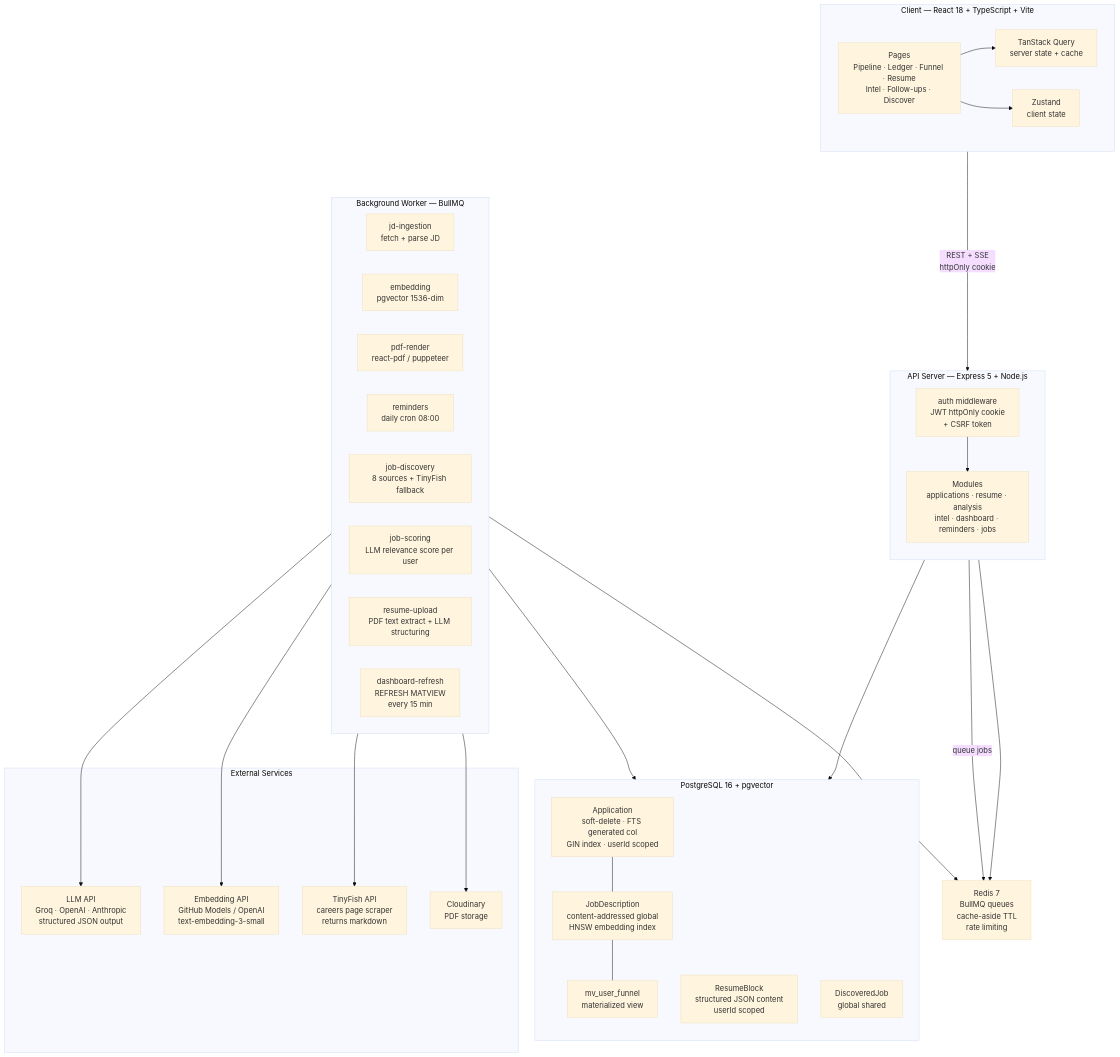
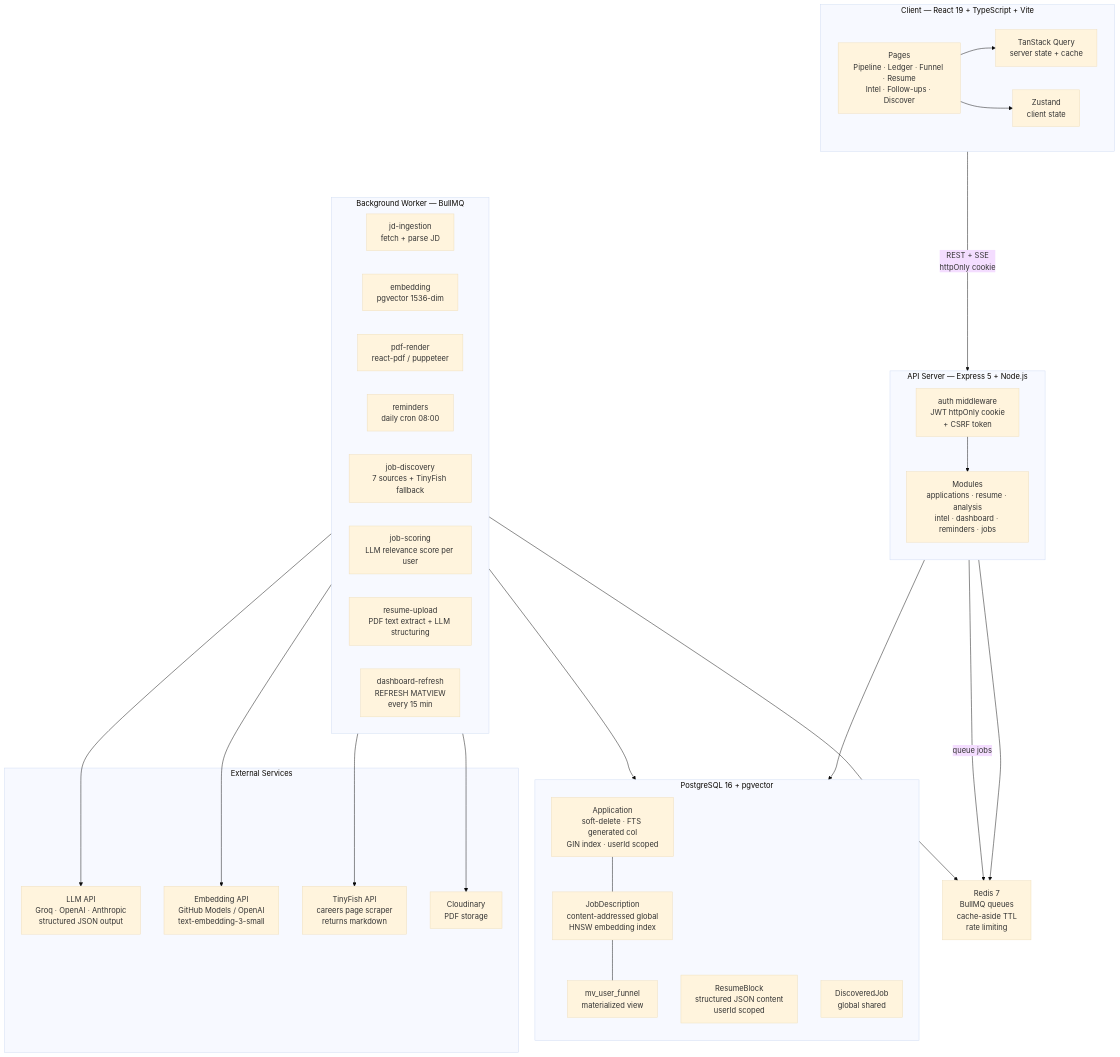
The diagram in README.md (AdityaKrSingh26/Pursuit), drawn with Mermaid (base theme) before and after one commit. The commit also changed other lines of this file and 69 other files, not shown here.

Commit message:
fix auth cookies, llm plumbing, and job discovery so they match how the app actually works

````diff
--- a/README.md
+++ b/README.md
@@ -9,59 +9,59 @@
 ```mermaid
 graph TB
-    subgraph Client["Client — React 18 + TypeScript + Vite"]
+    subgraph Client["Client — React 19 + TypeScript + Vite"]
         UI["Pages\nPipeline · Ledger · Funnel · Resume\nIntel · Follow-ups · Discover"]
         TQ["TanStack Query\nserver state + cache"]
         ZS["Zustand\nclient state"]
         UI --> TQ
         UI --> ZS
     end
 
     subgraph API["API Server — Express 5 + Node.js"]
         direction TB
         AUTH["auth middleware\nJWT httpOnly cookie\n+ CSRF token"]
         MODS["Modules\napplications · resume · analysis\nintel · dashboard · reminders · jobs"]
         AUTH --> MODS
     end
 
     subgraph Worker["Background Worker — BullMQ"]
         WI["jd-ingestion\nfetch + parse JD"]
         WE["embedding\npgvector 1536-dim"]
         WP["pdf-render\nreact-pdf / puppeteer"]
         WR["reminders\ndaily cron 08:00"]
-        WD["job-discovery\n8 sources + TinyFish fallback"]
+        WD["job-discovery\n7 sources + TinyFish fallback"]
         WS["job-scoring\nLLM relevance score per user"]
         WRU["resume-upload\nPDF text extract + LLM structuring"]
         WMV["dashboard-refresh\nREFRESH MATVIEW\nevery 15 min"]
     end
 
     subgraph DB["PostgreSQL 16 + pgvector"]
         direction TB
         PG_APP["Application\nsoft-delete · FTS generated col\nGIN index · userId scoped"]
         PG_JD["JobDescription\ncontent-addressed global\nHNSW embedding index"]
         PG_RB["ResumeBlock\nstructured JSON content\nuserId scoped"]
         PG_DJ["DiscoveredJob\nglobal shared"]
         PG_MV["mv_user_funnel\nmaterialized view"]
         PG_APP --- PG_JD
         PG_JD --- PG_MV
     end
 
     subgraph External["External Services"]
         LLM["LLM API\nGroq · OpenAI · Anthropic\nstructured JSON output"]
         EMB["Embedding API\nGitHub Models / OpenAI\ntext-embedding-3-small"]
         TF["TinyFish API\ncareers page scraper\nreturns markdown"]
         CDN["Cloudinary\nPDF storage"]
     end
 
     REDIS["Redis 7\nBullMQ queues\ncache-aside TTL\nrate limiting"]
 
     Client -->|"REST + SSE\nhttpOnly cookie"| API
     API --> DB
     API --> REDIS
     Worker --> DB
     Worker --> REDIS
     Worker --> LLM
     Worker --> EMB
     Worker --> TF
     Worker --> CDN
     MODS -->|"queue jobs"| REDIS
 ```
````
